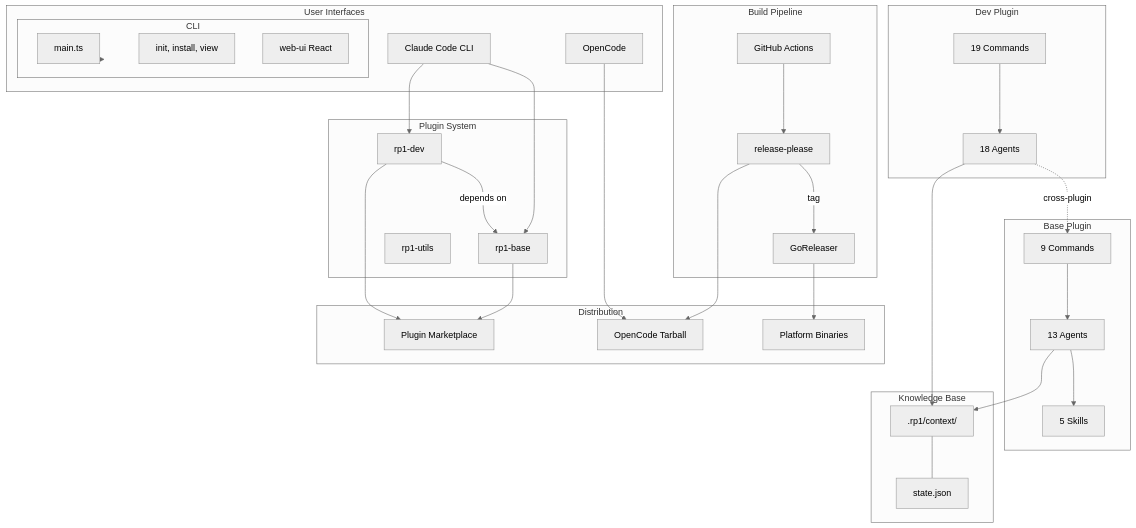
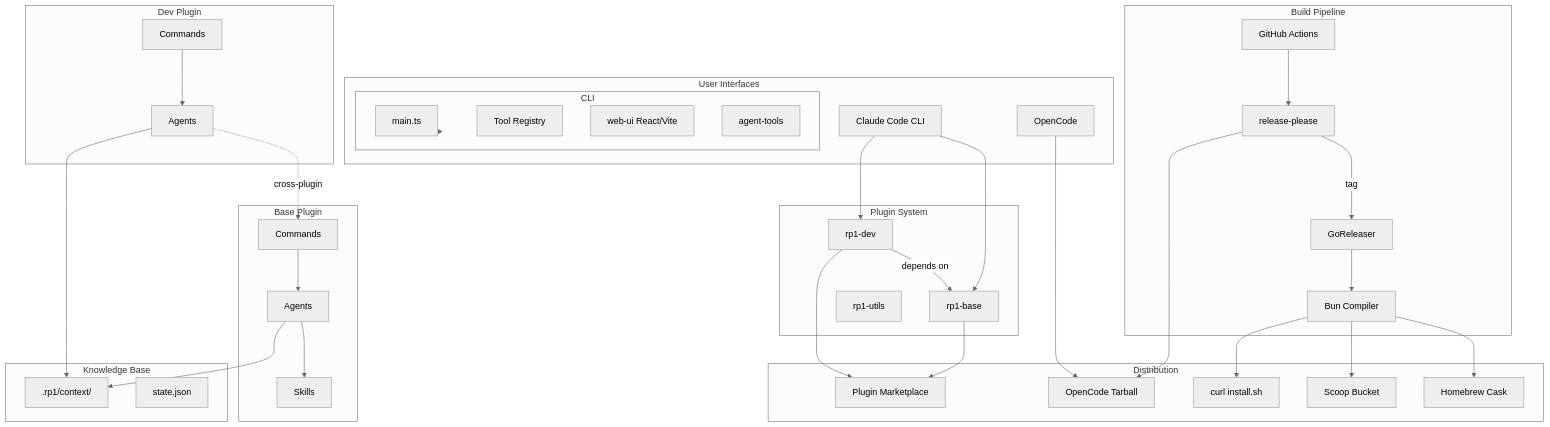
Before and after one commit to rp1-run/rp1: the first of 4 diagrams in .rp1/context/architecture.md, drawn with Mermaid (neutral theme). The commit also changed other lines of this file and 5 other files, not shown here.

````diff
--- a/.rp1/context/architecture.md
+++ b/.rp1/context/architecture.md
@@ -9,69 +9,75 @@
 ```mermaid
 graph TB
     subgraph "User Interfaces"
         CC[Claude Code CLI]
         OC[OpenCode]
         CLI[rp1 CLI]
     end
 
     subgraph "Plugin System"
         Base[rp1-base]
         Dev[rp1-dev]
         Utils[rp1-utils]
         Dev -->|depends on| Base
     end
 
     subgraph "Base Plugin"
-        BaseCmd[9 Commands]
-        BaseAgents[13 Agents]
-        Skills[5 Skills]
+        BaseCmd[Commands]
+        BaseAgents[Agents]
+        Skills[Skills]
         BaseCmd --> BaseAgents
         BaseAgents --> Skills
     end
 
     subgraph "Dev Plugin"
-        DevCmd[19 Commands]
-        DevAgents[18 Agents]
+        DevCmd[Commands]
+        DevAgents[Agents]
         DevCmd --> DevAgents
         DevAgents -.->|cross-plugin| BaseCmd
     end
 
     subgraph "CLI"
         CLIMain[main.ts]
-        Commands[init, install, view]
-        WebUI[web-ui React]
+        ToolRegistry[Tool Registry]
+        WebUI[web-ui React/Vite]
+        AgentTools[agent-tools]
     end
 
     subgraph "Knowledge Base"
         KB[.rp1/context/]
         State[state.json]
-        KB --- State
     end
 
     subgraph "Build Pipeline"
-        GH[GitHub Actions]
+        GHActions[GitHub Actions]
         RP[release-please]
         GR[GoReleaser]
-        GH --> RP
+        Bun[Bun Compiler]
+        GHActions --> RP
         RP -->|tag| GR
+        GR --> Bun
     end
 
     subgraph "Distribution"
         Marketplace[Plugin Marketplace]
         Tarball[OpenCode Tarball]
-        Binaries[Platform Binaries]
+        Homebrew[Homebrew Cask]
+        Scoop[Scoop Bucket]
+        Curl[curl install.sh]
     end
 
     CC --> Base
     CC --> Dev
     OC --> Tarball
     CLI --> CLIMain
 
     BaseAgents --> KB
     DevAgents --> KB
 
-    GR --> Binaries
+    Bun --> Homebrew
+    Bun --> Scoop
+    Bun --> Curl
     Base --> Marketplace
     Dev --> Marketplace
     RP --> Tarball
 ```
````
